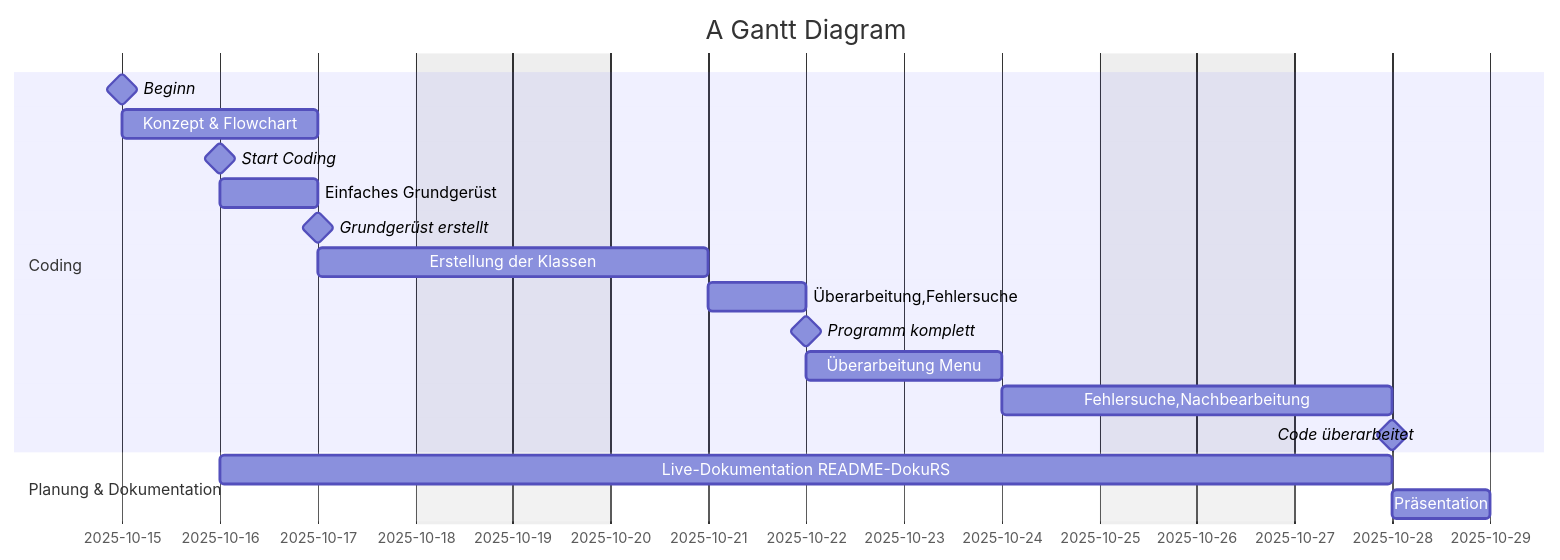
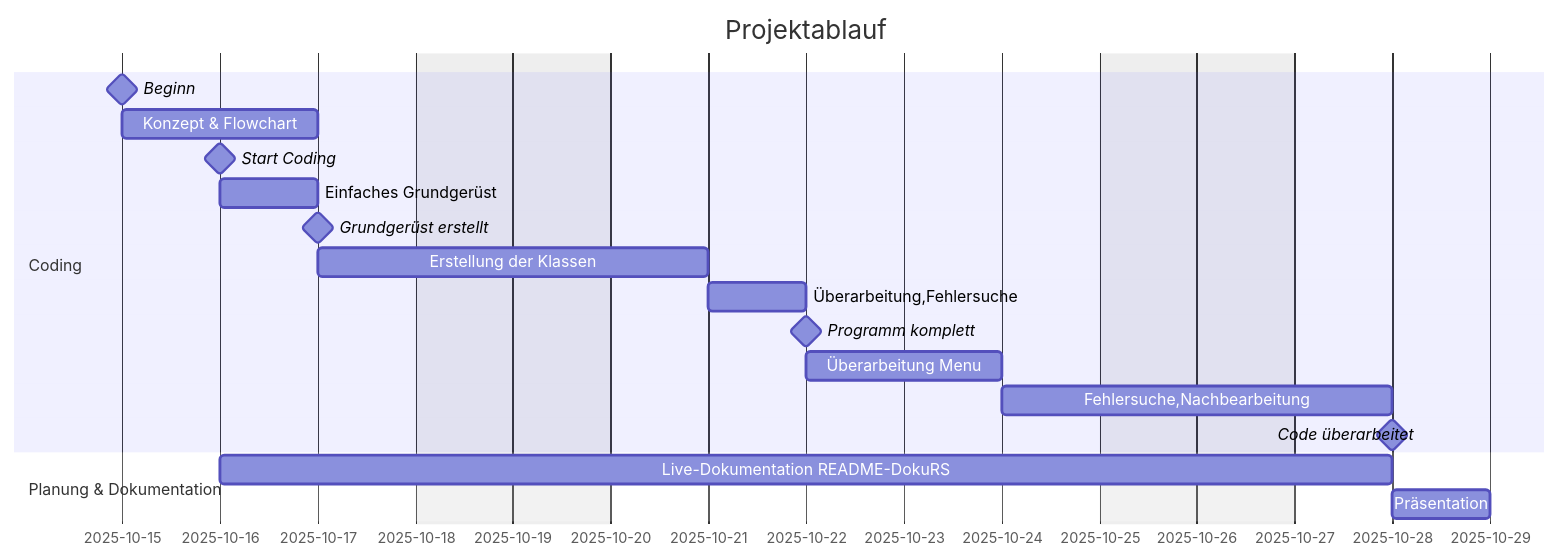
One commit to possumdesign/Serverei changed the diagram in README-DokuRS.md. Above: the diagram before and after it, drawn with Mermaid.

Commit message:
Update Gantt diagram title in README-DokuRS.md

````diff
--- a/README-DokuRS.md
+++ b/README-DokuRS.md
@@ -204,21 +204,21 @@
 ```mermaid
 gantt
-    title A Gantt Diagram
+    title Projektablauf
     dateFormat YY-MM-DD
     excludes weekends
     section Coding
     Beginn: milestone, m1, 2025-10-15, 2m
     Konzept & Flowchart :a1, 2025-10-15, 2d
     Start Coding : milestone, m1, 2025-10-16, 2m
     Einfaches Grundgerüst :a2, 2025-10-16, 1d
     Grundgerüst erstellt : milestone, m1, 2025-10-17, 2m
     Erstellung der Klassen :after a1  , 2d
     Überarbeitung,Fehlersuche :a3, 2025-10-21 , 1d
     Programm komplett : milestone, m1, 2025-10-22, 2m
     Überarbeitung Menu:a4, after a3, 2d
     Fehlersuche,Nachbearbeitung: after a4, 2d
     Code überarbeitet : milestone, m1, 2025-10-28, 2m
     section Planung & Dokumentation
     Live-Dokumentation README-DokuRS :b1, 2025-10-16  , 8d
     Präsentation :after b1, 1d
 ```
````
